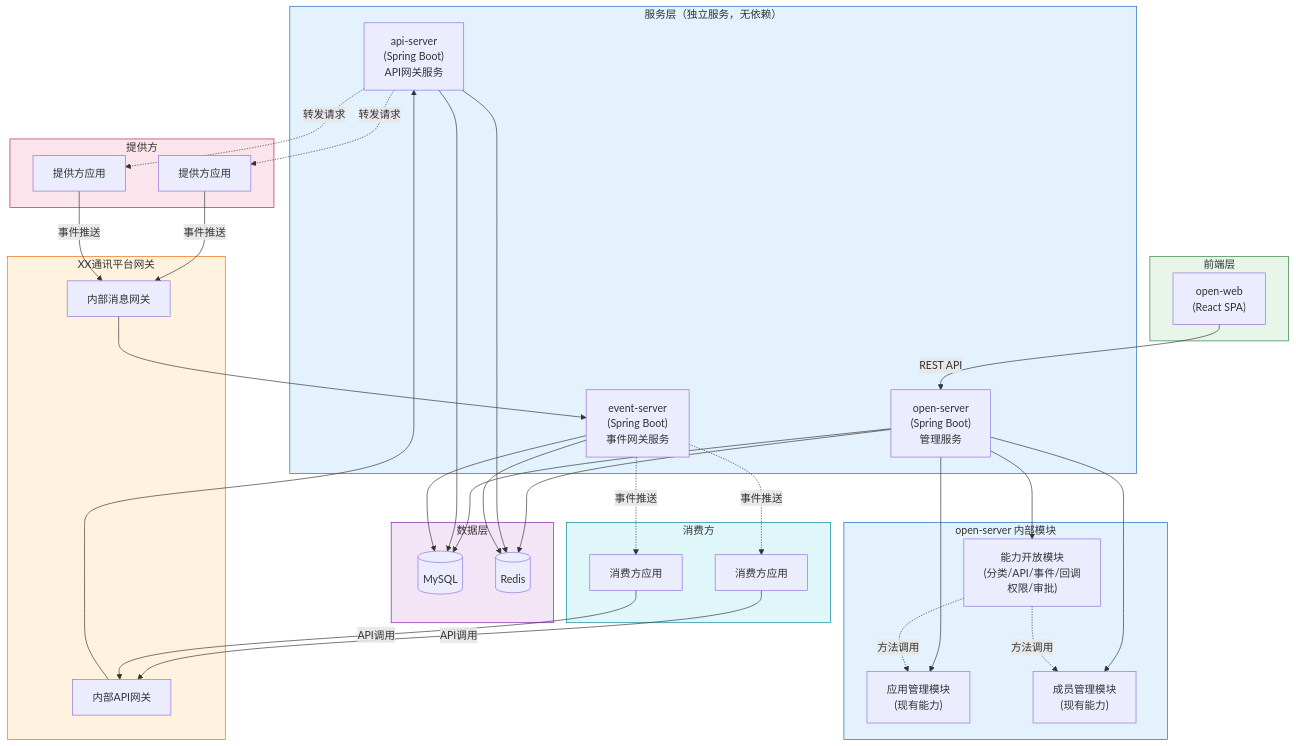
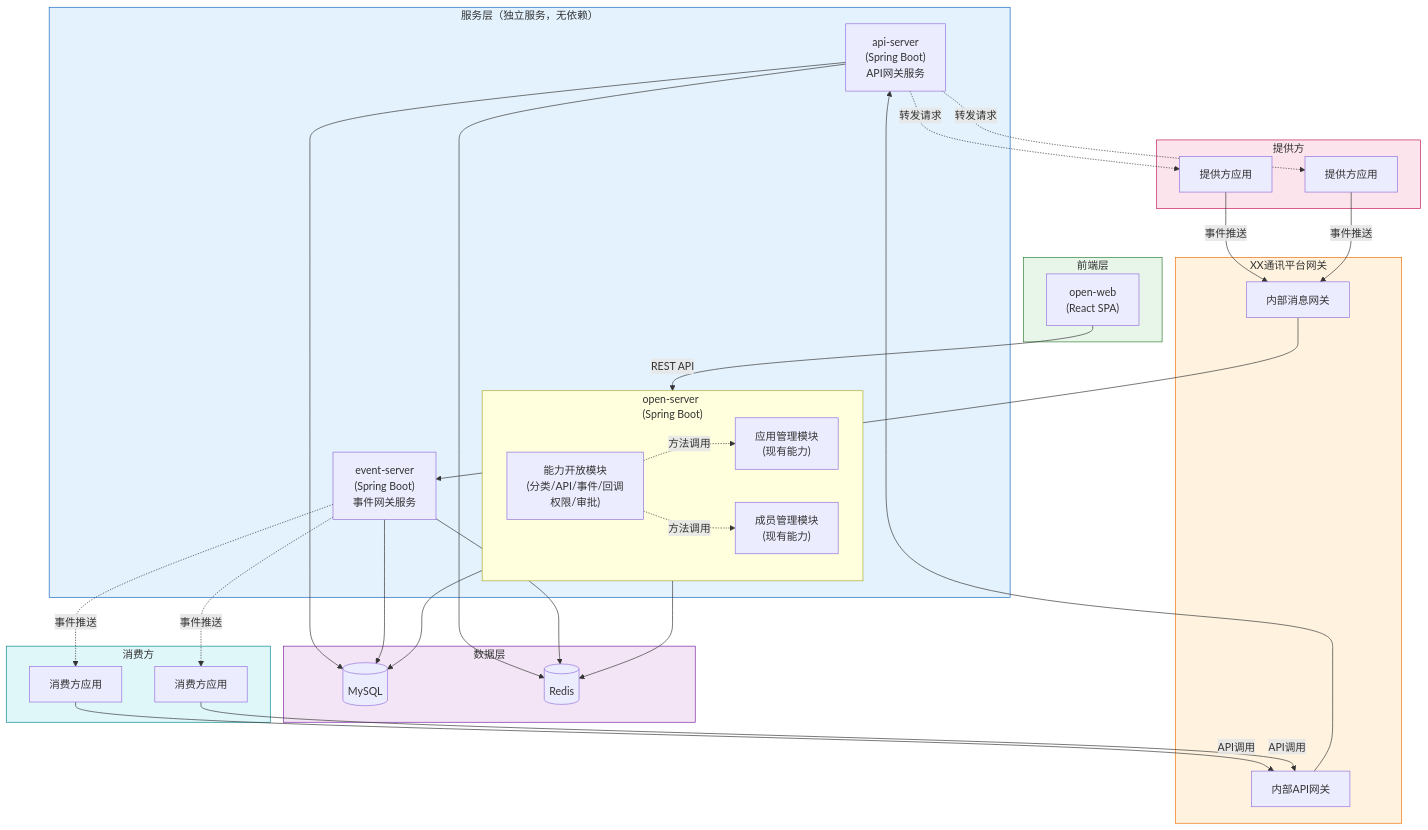
Before and after one commit to THZSummer/open-app: the sixth of 8 diagrams in .sddu/specs-tree-root/specs-tree-capability-open-platform/plan.md, drawn with Mermaid. The commit also changed other lines of this file, not shown here.

Commit message:
refactor(plan): 简化架构图，合并重复的open-server节点
- 将open-server内部模块作为open-server的子图展示
- 移除重复的OpenServerInternal和Services中的OpenServer节点
- 统一两个架构图的结构风格

````diff
--- a/.sddu/specs-tree-root/specs-tree-capability-open-platform/plan.md
+++ b/.sddu/specs-tree-root/specs-tree-capability-open-platform/plan.md
@@ -405,82 +405,76 @@
 ```mermaid
 graph TB
     subgraph Frontend["前端层"]
         OpenWeb["open-web\n(React SPA)"]
     end
     
-    subgraph OpenServerInternal["open-server 内部模块"]
-        CapMgmt["能力开放模块\n(分类/API/事件/回调\n权限/审批)"]
-        AppMgmt["应用管理模块\n(现有能力)"]
-        Member["成员管理模块\n(现有能力)"]
-    end
-    
     subgraph Services["服务层（独立服务，无依赖）"]
-        OpenServer["open-server\n(Spring Boot)\n管理服务"]
+        subgraph OpenServer["open-server\n(Spring Boot)"]
+            CapMgmt["能力开放模块\n(分类/API/事件/回调\n权限/审批)"]
+            AppMgmt["应用管理模块\n(现有能力)"]
+            Member["成员管理模块\n(现有能力)"]
+        end
         ApiServer["api-server\n(Spring Boot)\nAPI网关服务"]
         EventServer["event-server\n(Spring Boot)\n事件网关服务"]
     end
     
     subgraph DataLayer["数据层"]
         MySQL[(MySQL)]
         Redis[(Redis)]
     end
     
     subgraph PlatformGW["XX通讯平台网关"]
         ApiGW["内部API网关"]
         MsgGW["内部消息网关"]
     end
     
     subgraph Consumers["消费方"]
         Consumer1["消费方应用"]
         Consumer2["消费方应用"]
     end
     
     subgraph Providers["提供方"]
         Provider1["提供方应用"]
         Provider2["提供方应用"]
     end
     
     %% 前端直接连接管理服务
     OpenWeb -->|REST API| OpenServer
     
-    %% open-server 内部模块关系
-    OpenServer --> CapMgmt
-    OpenServer --> AppMgmt
-    OpenServer --> Member
+    %% open-server 内部模块调用
     CapMgmt -.->|方法调用| AppMgmt
     CapMgmt -.->|方法调用| Member
     
     %% 所有服务独立访问数据层
     OpenServer --> MySQL
     OpenServer --> Redis
     ApiServer --> MySQL
     ApiServer --> Redis
     EventServer --> MySQL
     EventServer --> Redis
     
     %% 消费方通过平台网关访问网关服务
     Consumer1 -->|API调用| ApiGW
     Consumer2 -->|API调用| ApiGW
     ApiGW --> ApiServer
     
     %% 事件通过平台消息网关
     Provider1 -->|事件推送| MsgGW
     Provider2 -->|事件推送| MsgGW
     MsgGW --> EventServer
     
     %% API网关转发请求到提供方
     ApiServer -.->|转发请求| Provider1
     ApiServer -.->|转发请求| Provider2
     
     %% 事件网关推送到消费方
     EventServer -.->|事件推送| Consumer1
     EventServer -.->|事件推送| Consumer2
     
     style Frontend fill:#e8f5e9,stroke:#2e7d32
-    style OpenServerInternal fill:#e3f2fd,stroke:#1565c0
     style Services fill:#e3f2fd,stroke:#1565c0
     style DataLayer fill:#f3e5f5,stroke:#7b1fa2
     style PlatformGW fill:#fff3e0,stroke:#ef6c00
     style Consumers fill:#e0f7fa,stroke:#00838f
     style Providers fill:#fce4ec,stroke:#c2185b
 ```
````
